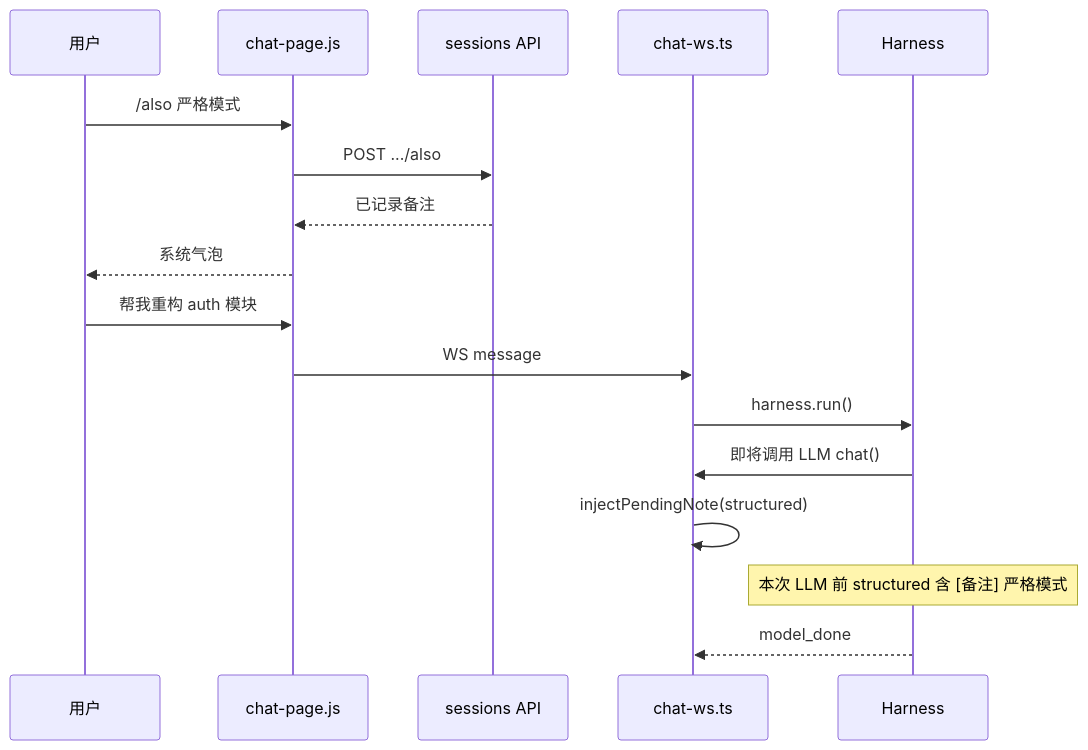
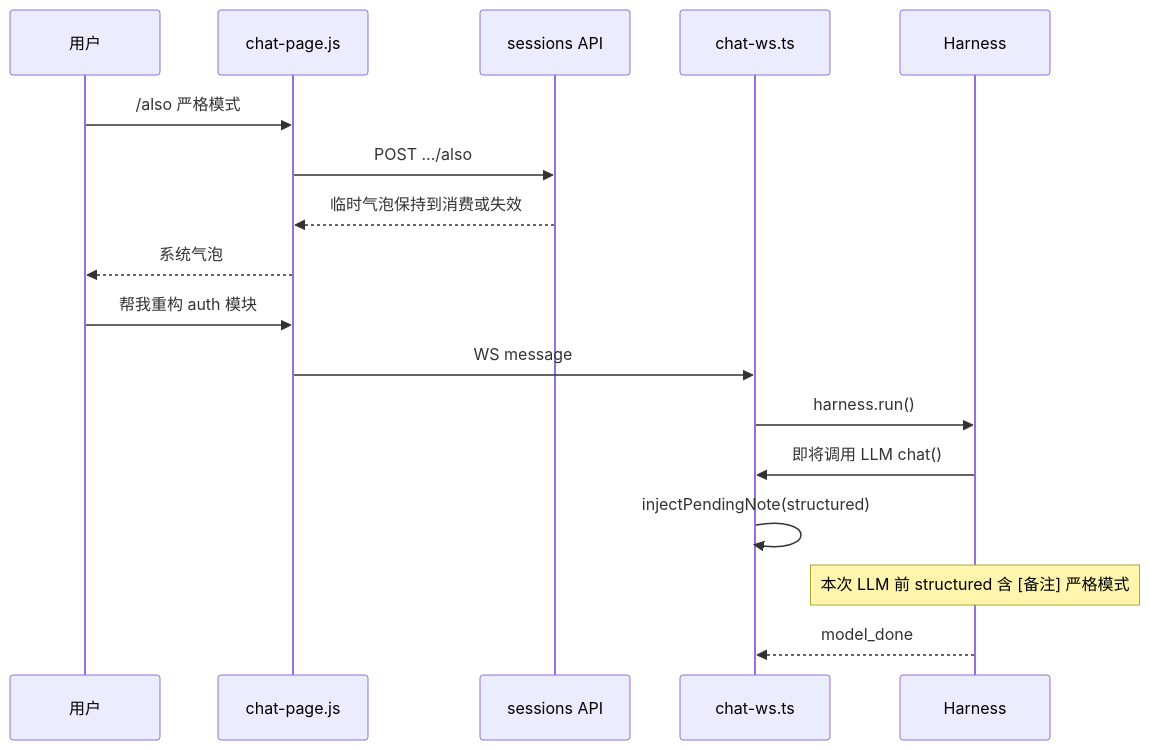
One commit to lbiceman/iceCoder changed the first of 3 diagrams in docs/requirement/note-next-commands.md. Above: the diagram before and after it, drawn with Mermaid. The commit also changed other lines of this file and 7 other files, not shown here.

````diff
--- a/docs/requirement/note-next-commands.md
+++ b/docs/requirement/note-next-commands.md
@@ -580,21 +580,21 @@
 ```mermaid
 sequenceDiagram
   participant U as 用户
   participant UI as chat-page.js
   participant API as sessions API
   participant WS as chat-ws.ts
   participant H as Harness
 
   U->>UI: /also 严格模式
   UI->>API: POST .../also
-  API-->>UI: 已记录备注
+  API-->>UI: 临时气泡保持到消费或失效
   UI-->>U: 系统气泡
 
   U->>UI: 帮我重构 auth 模块
   UI->>WS: WS message
   WS->>H: harness.run()
   H->>WS: 即将调用 LLM chat()
   WS->>WS: injectPendingNote(structured)
   Note over H: 本次 LLM 前 structured 含 [备注] 严格模式
   H-->>WS: model_done
 ```
````
